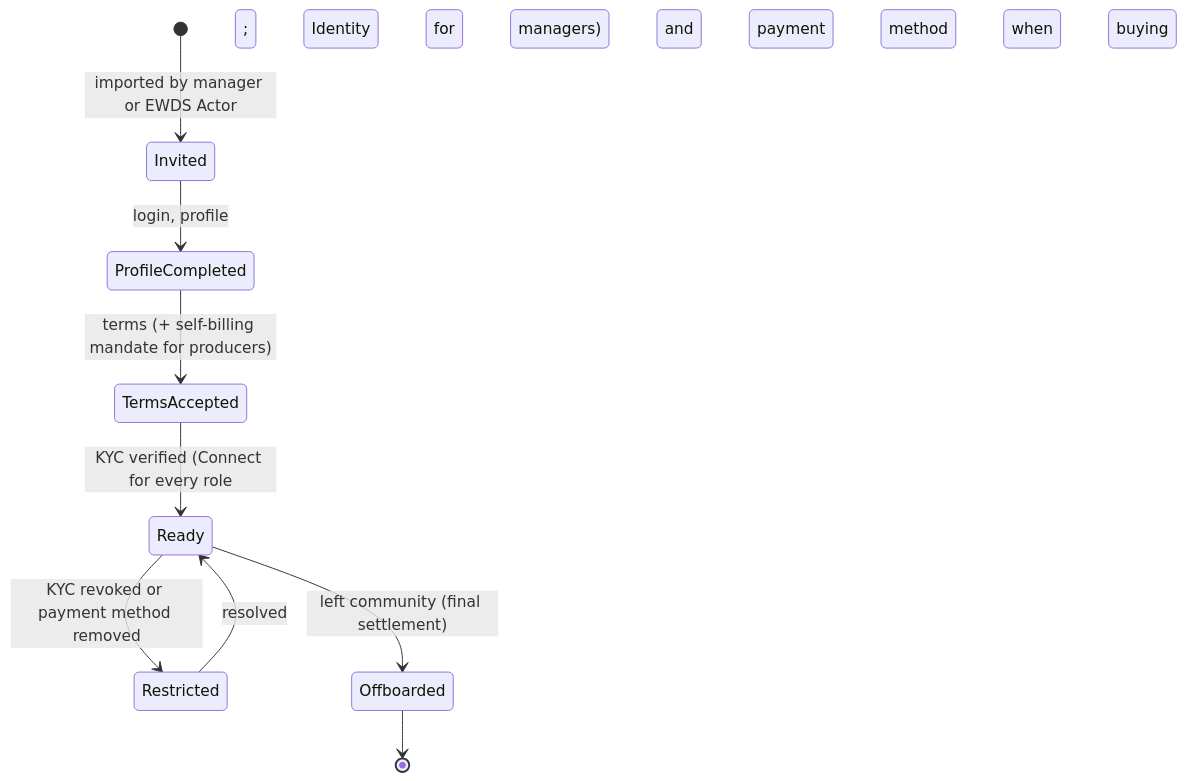
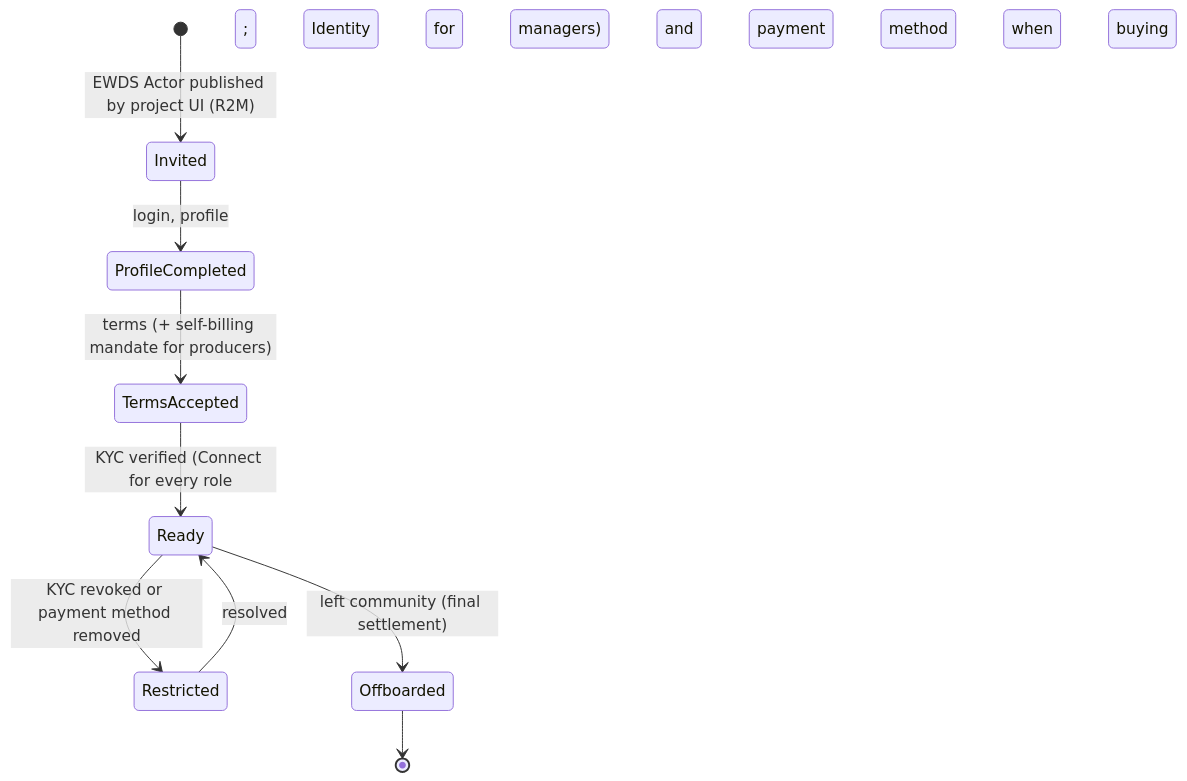
One commit to blooo-io/intelligent-eu-bps-source changed the tenth of 10 diagrams in docs/architecture/02-logical-architecture.md. Above: the diagram before and after it, drawn with Mermaid. The commit also changed 39 other files, not shown here.

````diff
--- a/docs/architecture/02-logical-architecture.md
+++ b/docs/architecture/02-logical-architecture.md
@@ -361,12 +361,12 @@
 ```mermaid
 %% elk %%
 stateDiagram-v2
-  [*] --> Invited: imported by manager or EWDS Actor
+  [*] --> Invited: EWDS Actor published by project UI (R2M)
   Invited --> ProfileCompleted: login, profile
   ProfileCompleted --> TermsAccepted: terms (+ self-billing mandate for producers)
   TermsAccepted --> Ready: KYC verified (Connect for every role; Identity for managers) and payment method when buying
   Ready --> Restricted: KYC revoked or payment method removed
   Restricted --> Ready: resolved
   Ready --> Offboarded: left community (final settlement)
   Offboarded --> [*]
 ```
````
